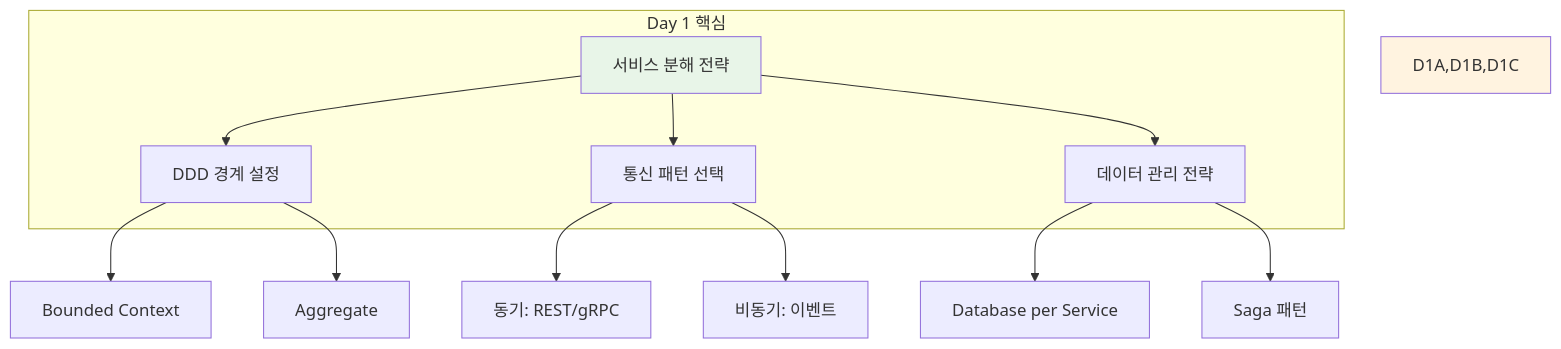
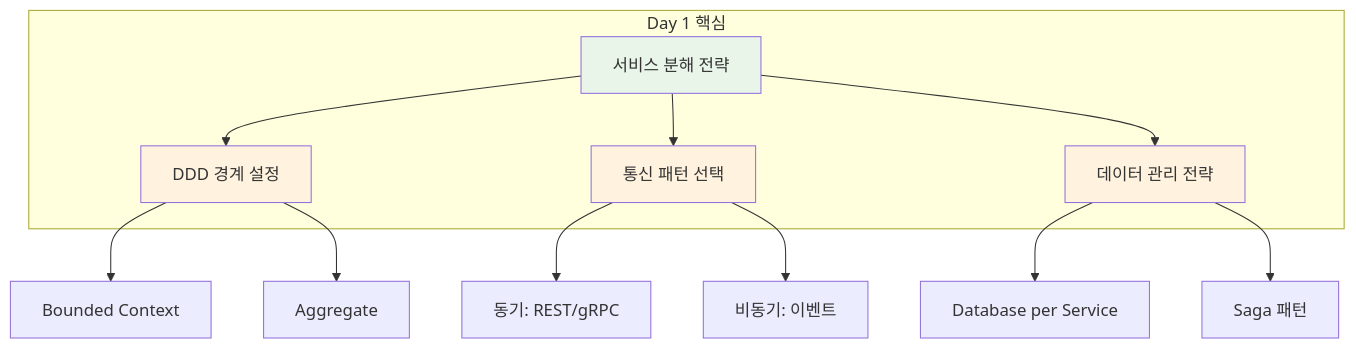
Before and after one commit to niceguy61/kdt_devops_lecture_2025: the third of 8 diagrams in theory/week_04/day5/session_2.md, drawn with Mermaid. The commit also changed other lines of this file and 2 other files, not shown here.

Commit message:
mermaid style 변경

````diff
--- a/theory/week_04/day5/session_2.md
+++ b/theory/week_04/day5/session_2.md
@@ -160,25 +164,27 @@
 ```mermaid
 graph TB
     subgraph "Day 1 핵심"
         D1[서비스 분해 전략]
         D1A[DDD 경계 설정]
         D1B[통신 패턴 선택]
         D1C[데이터 관리 전략]
     end
     
     D1 --> D1A
     D1 --> D1B
     D1 --> D1C
     
     D1A --> D1A1[Bounded Context]
     D1A --> D1A2[Aggregate]
     
     D1B --> D1B1[동기: REST/gRPC]
     D1B --> D1B2[비동기: 이벤트]
     
     D1C --> D1C1[Database per Service]
     D1C --> D1C2[Saga 패턴]
     
     style D1 fill:#e8f5e8
-    style D1A,D1B,D1C fill:#fff3e0
+    style D1A fill:#fff3e0
+    style D1B fill:#fff3e0
+    style D1C fill:#fff3e0
 ```
````
